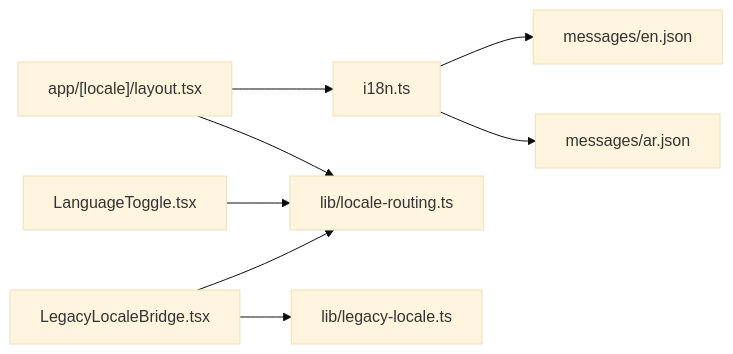
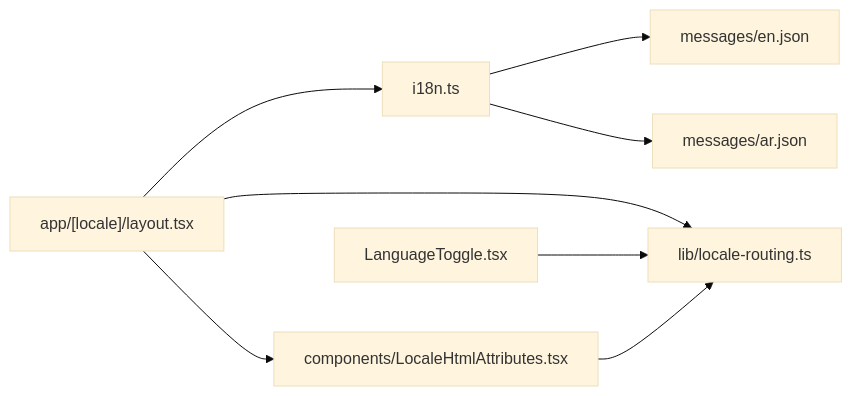
Diagram 12 of 12 in .qoder/repowiki/en/content/Internationalization.md (mustafaalkusaj/appschoolmustafa2002), drawn with Mermaid (base theme) before and after one commit. The commit also changed other lines of this file and 8 other files, not shown here.

````diff
--- a/.qoder/repowiki/en/content/Internationalization.md
+++ b/.qoder/repowiki/en/content/Internationalization.md
@@ -361,10 +375,10 @@
 ```mermaid
 graph LR
 I18N["i18n.ts"] --> EN["messages/en.json"]
 I18N --> AR["messages/ar.json"]
 Layout["app/[locale]/layout.tsx"] --> I18N
 Layout --> LR["lib/locale-routing.ts"]
+Layout --> HtmlAttrs["components/LocaleHtmlAttributes.tsx"]
 Toggle["LanguageToggle.tsx"] --> LR
-Bridge["LegacyLocaleBridge.tsx"] --> LR
-Bridge --> LL["lib/legacy-locale.ts"]
+HtmlAttrs --> LR
 ```
````
